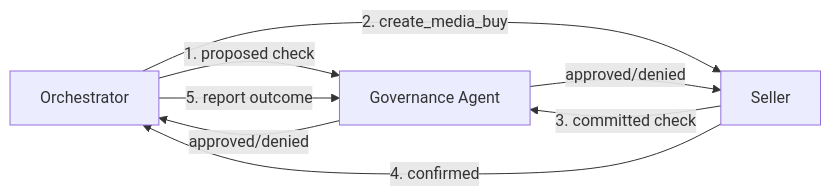
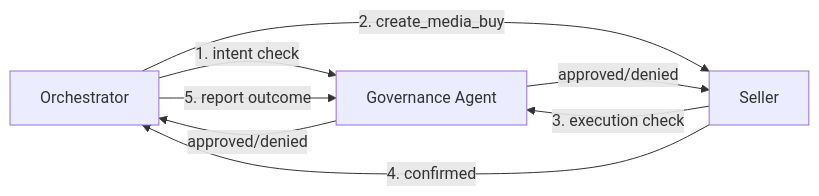
The diagram in docs/governance/campaign/safety-model.mdx (adcontextprotocol/adcp), drawn with Mermaid before and after one commit. The commit also changed other lines of this file and 42 other files, not shown here.

````diff
--- a/docs/governance/campaign/safety-model.mdx
+++ b/docs/governance/campaign/safety-model.mdx
@@ -17,10 +17,10 @@
 ```mermaid
 flowchart LR
-    O[Orchestrator] -->|"1. proposed check"| G[Governance Agent]
+    O[Orchestrator] -->|"1. intent check"| G[Governance Agent]
     G -->|"approved/denied"| O
     O -->|"2. create_media_buy"| S[Seller]
-    S -->|"3. committed check"| G
+    S -->|"3. execution check"| G
     G -->|"approved/denied"| S
     S -->|"4. confirmed"| O
     O -->|"5. report outcome"| G
 ```
````
